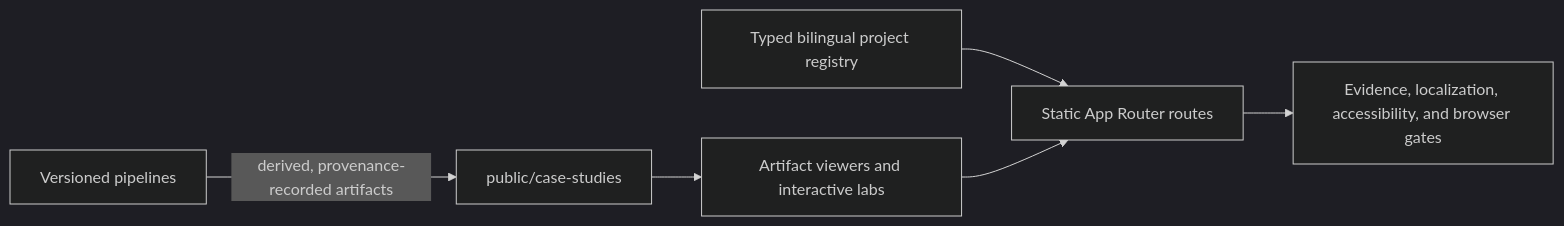
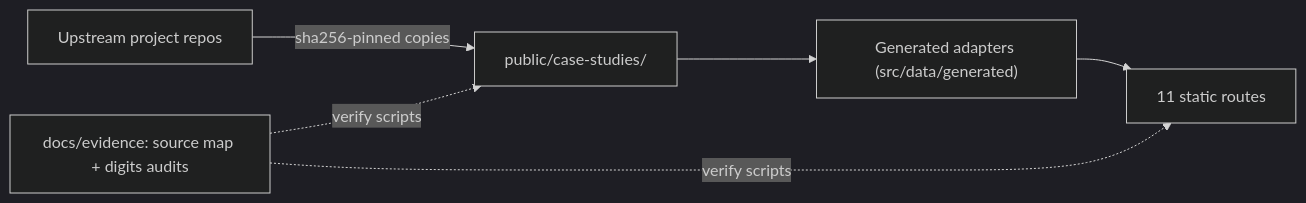
Before and after one commit to LucisZhang/portfolio-site: the diagram in README.md, drawn with Mermaid (dark theme). The commit also changed other lines of this file and 399 other files, not shown here.

````diff
--- a/README.md
+++ b/README.md
@@ -28,8 +38,8 @@
 ```mermaid
 flowchart LR
-  P["Versioned pipelines"] -->|"derived, provenance-recorded artifacts"| A["public/case-studies"]
-  A --> V["Artifact viewers and interactive labs"]
-  C["Typed bilingual project registry"] --> R["Static App Router routes"]
-  V --> R
-  R --> Q["Evidence, localization, accessibility, and browser gates"]
+  U["Upstream project repos"] -->|"sha256-pinned copies"| A["public/case-studies/"]
+  A --> G["Generated adapters (src/data/generated)"]
+  G --> R["11 static routes"]
+  M["docs/evidence: source map + digits audits"] -.->|verify scripts| A
+  M -.->|verify scripts| R
 ```
````
